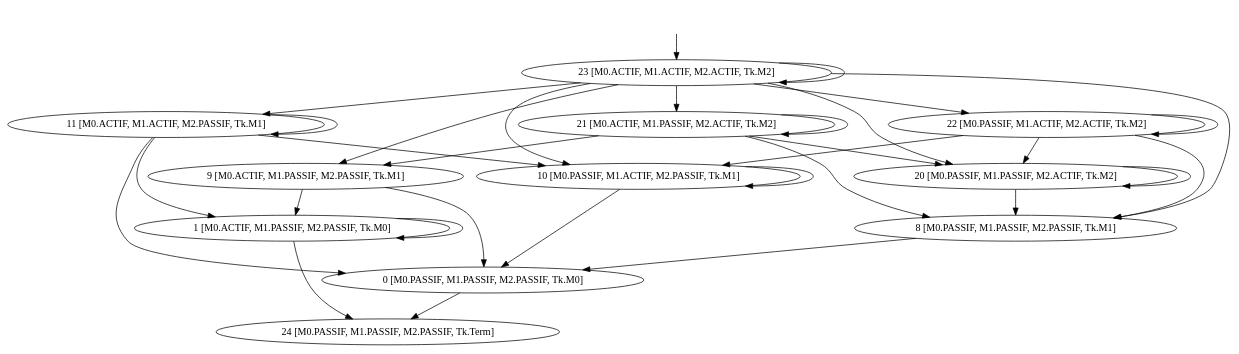
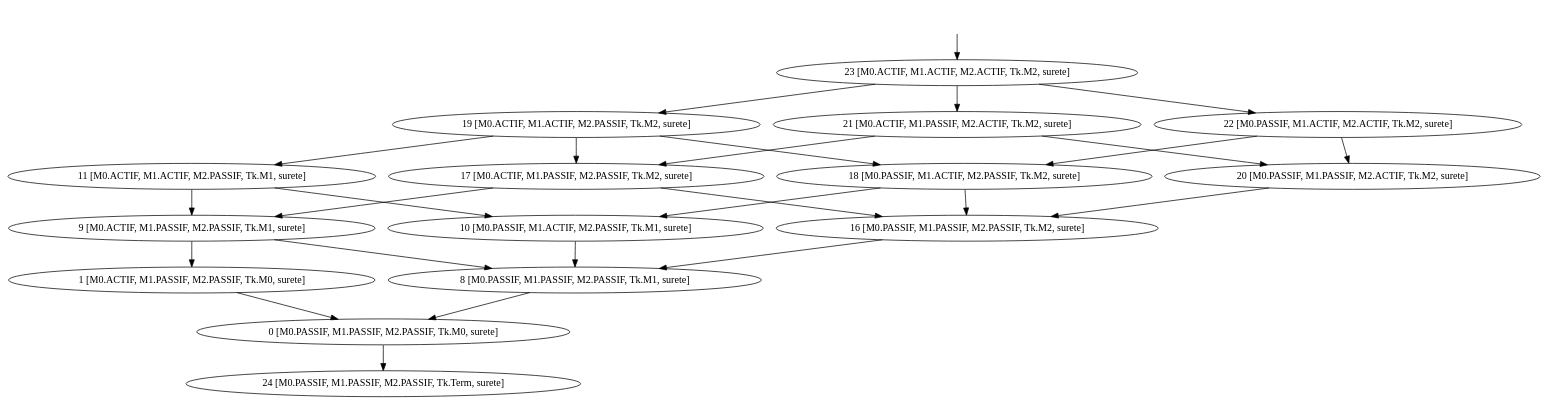
The diagram in projet/systeme_algo1_surete.dot (Lanes6/verif), drawn with Graphviz before and after one commit. The commit also changed 2 other files, not shown here.

Commit message:
surete/equiteFaible/forte algo1 ctl

```diff
--- a/projet/systeme_algo1_surete.dot
+++ b/projet/systeme_algo1_surete.dot
@@ -1,45 +1,43 @@
 digraph system {
 _23[label="", shape=none ];
 _23->23;
-23 [label= "23 [M0.ACTIF, M1.ACTIF, M2.ACTIF, Tk.M2]"];
-11 [label= "11 [M0.ACTIF, M1.ACTIF, M2.PASSIF, Tk.M1]"];
-21 [label= "21 [M0.ACTIF, M1.PASSIF, M2.ACTIF, Tk.M2]"];
-1 [label= "1 [M0.ACTIF, M1.PASSIF, M2.PASSIF, Tk.M0]"];
-9 [label= "9 [M0.ACTIF, M1.PASSIF, M2.PASSIF, Tk.M1]"];
-22 [label= "22 [M0.PASSIF, M1.ACTIF, M2.ACTIF, Tk.M2]"];
-10 [label= "10 [M0.PASSIF, M1.ACTIF, M2.PASSIF, Tk.M1]"];
-20 [label= "20 [M0.PASSIF, M1.PASSIF, M2.ACTIF, Tk.M2]"];
-0 [label= "0 [M0.PASSIF, M1.PASSIF, M2.PASSIF, Tk.M0]"];
-8 [label= "8 [M0.PASSIF, M1.PASSIF, M2.PASSIF, Tk.M1]"];
-24 [label= "24 [M0.PASSIF, M1.PASSIF, M2.PASSIF, Tk.Term]"];
-23->23 [label= ""];
-23->11 [label= ""];
-11->11 [label= ""];
+23 [label= "23 [M0.ACTIF, M1.ACTIF, M2.ACTIF, Tk.M2, surete]"];
+11 [label= "11 [M0.ACTIF, M1.ACTIF, M2.PASSIF, Tk.M1, surete]"];
+19 [label= "19 [M0.ACTIF, M1.ACTIF, M2.PASSIF, Tk.M2, surete]"];
+21 [label= "21 [M0.ACTIF, M1.PASSIF, M2.ACTIF, Tk.M2, surete]"];
+1 [label= "1 [M0.ACTIF, M1.PASSIF, M2.PASSIF, Tk.M0, surete]"];
+9 [label= "9 [M0.ACTIF, M1.PASSIF, M2.PASSIF, Tk.M1, surete]"];
+17 [label= "17 [M0.ACTIF, M1.PASSIF, M2.PASSIF, Tk.M2, surete]"];
+22 [label= "22 [M0.PASSIF, M1.ACTIF, M2.ACTIF, Tk.M2, surete]"];
+10 [label= "10 [M0.PASSIF, M1.ACTIF, M2.PASSIF, Tk.M1, surete]"];
+18 [label= "18 [M0.PASSIF, M1.ACTIF, M2.PASSIF, Tk.M2, surete]"];
+20 [label= "20 [M0.PASSIF, M1.PASSIF, M2.ACTIF, Tk.M2, surete]"];
+0 [label= "0 [M0.PASSIF, M1.PASSIF, M2.PASSIF, Tk.M0, surete]"];
+8 [label= "8 [M0.PASSIF, M1.PASSIF, M2.PASSIF, Tk.M1, surete]"];
+16 [label= "16 [M0.PASSIF, M1.PASSIF, M2.PASSIF, Tk.M2, surete]"];
+24 [label= "24 [M0.PASSIF, M1.PASSIF, M2.PASSIF, Tk.Term, surete]"];
+23->19 [label= ""];
+19->11 [label= ""];
 23->21 [label= ""];
-23->9 [label= ""];
-11->1 [label= ""];
-21->21 [label= ""];
-21->9 [label= ""];
-1->1 [label= ""];
+11->9 [label= ""];
+19->17 [label= ""];
+21->17 [label= ""];
 9->1 [label= ""];
+17->9 [label= ""];
 23->22 [label= ""];
-23->10 [label= ""];
 11->10 [label= ""];
-23->20 [label= ""];
-23->8 [label= ""];
-11->0 [label= ""];
+19->18 [label= ""];
 21->20 [label= ""];
-21->8 [label= ""];
-9->0 [label= ""];
-1->24 [label= ""];
-22->22 [label= ""];
-22->10 [label= ""];
-10->10 [label= ""];
+9->8 [label= ""];
+17->16 [label= ""];
+1->0 [label= ""];
+22->18 [label= ""];
+18->10 [label= ""];
 22->20 [label= ""];
-22->8 [label= ""];
-10->0 [label= ""];
-20->20 [label= ""];
-20->8 [label= ""];
+10->8 [label= ""];
+18->16 [label= ""];
+20->16 [label= ""];
 8->0 [label= ""];
+16->8 [label= ""];
 0->24 [label= ""];
 }
```
